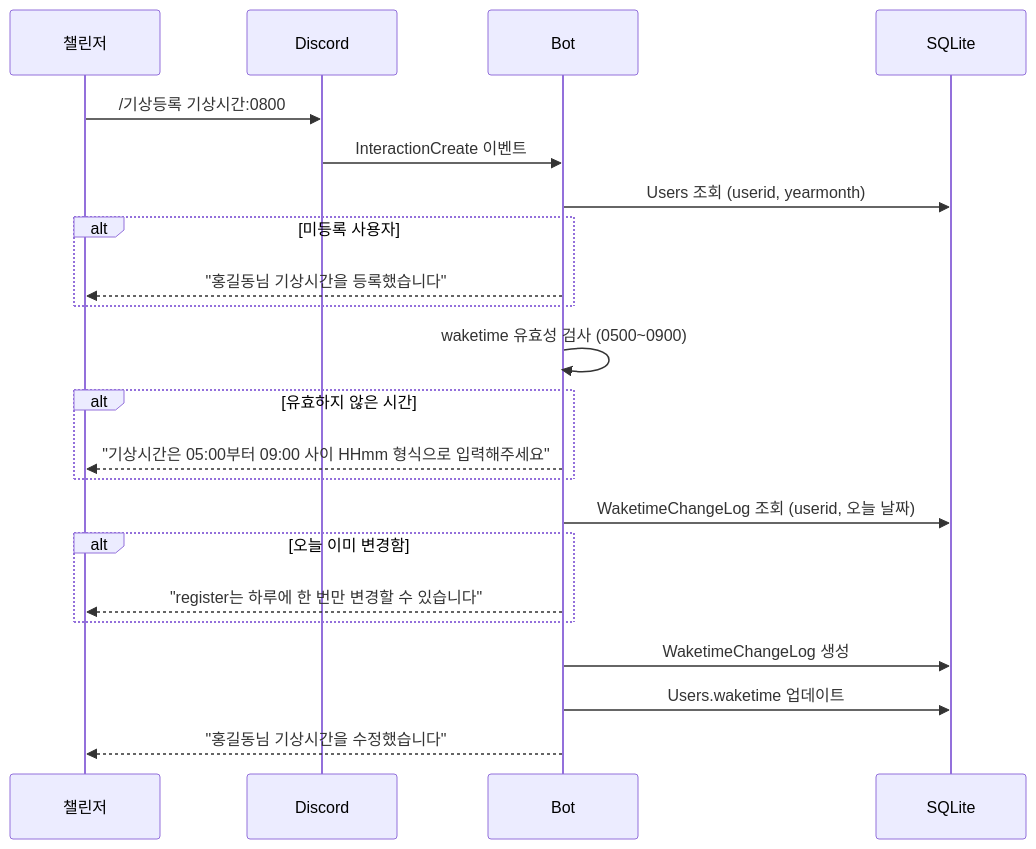
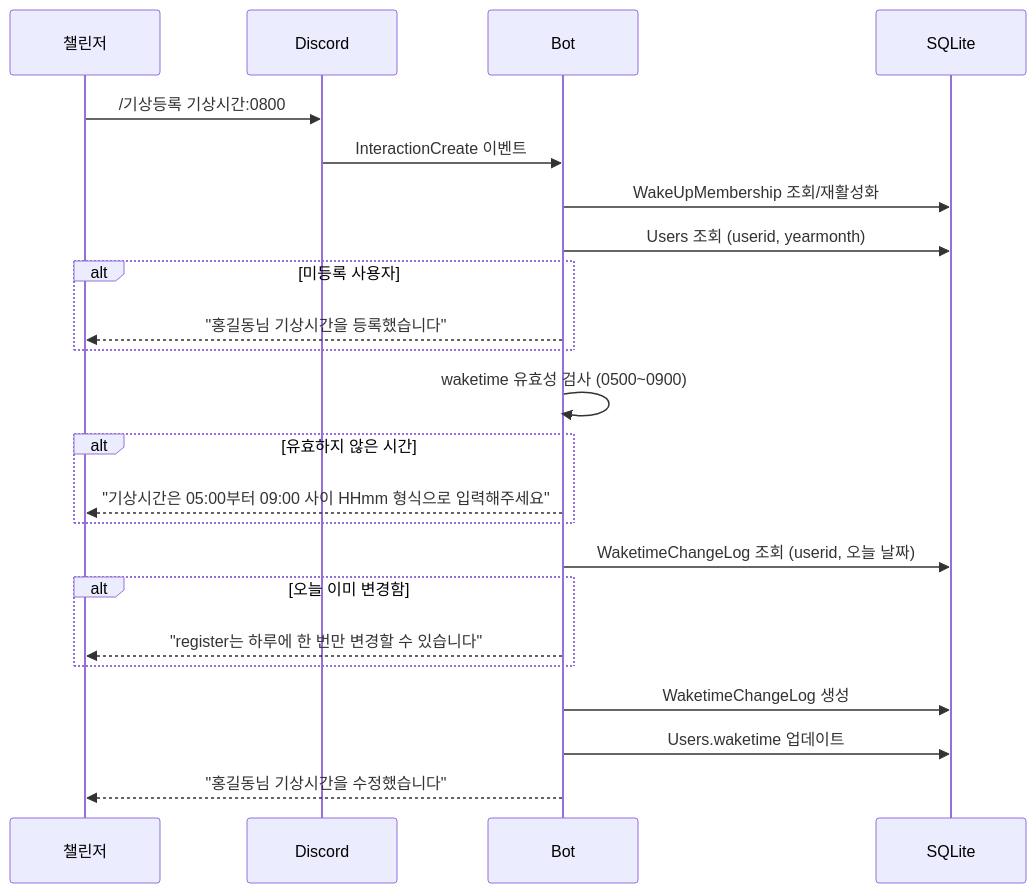
Before and after one commit to honki12345/haruharu-discord-bot: diagram 16 of 17 in docs/USER_STORIES.md, drawn with Mermaid. The commit also changed other lines of this file and 18 other files, not shown here.

````diff
--- a/docs/USER_STORIES.md
+++ b/docs/USER_STORIES.md
@@ -662,29 +710,30 @@
 ```mermaid
 sequenceDiagram
     participant U as 챌린저
     participant D as Discord
     participant B as Bot
     participant DB as SQLite
 
     U->>D: /기상등록 기상시간:0800
     D->>B: InteractionCreate 이벤트
 
+    B->>DB: WakeUpMembership 조회/재활성화
     B->>DB: Users 조회 (userid, yearmonth)
     alt 미등록 사용자
         B-->>U: "홍길동님 기상시간을 등록했습니다"
     end
 
     B->>B: waketime 유효성 검사 (0500~0900)
     alt 유효하지 않은 시간
         B-->>U: "기상시간은 05:00부터 09:00 사이 HHmm 형식으로 입력해주세요"
     end
 
     B->>DB: WaketimeChangeLog 조회 (userid, 오늘 날짜)
     alt 오늘 이미 변경함
         B-->>U: "register는 하루에 한 번만 변경할 수 있습니다"
     end
 
     B->>DB: WaketimeChangeLog 생성
     B->>DB: Users.waketime 업데이트
     B-->>U: "홍길동님 기상시간을 수정했습니다"
 ```
````
